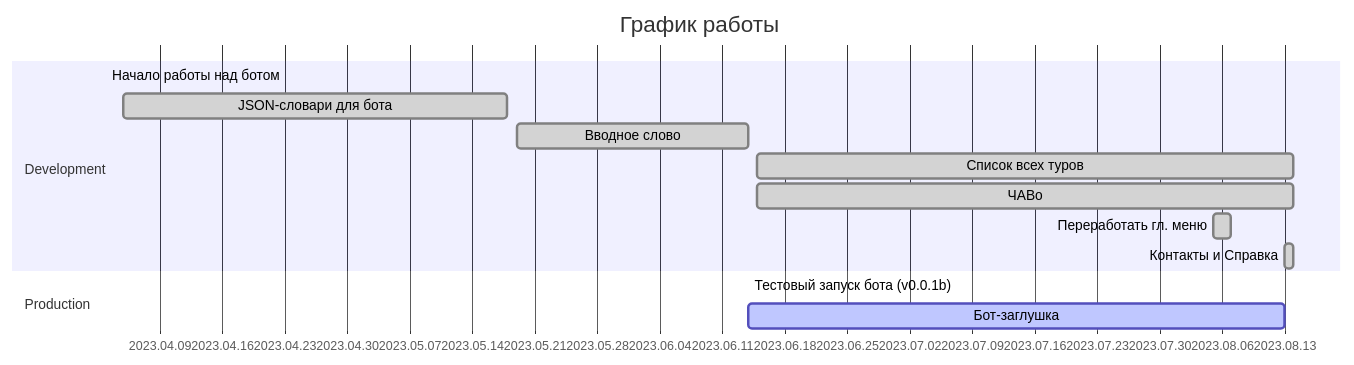
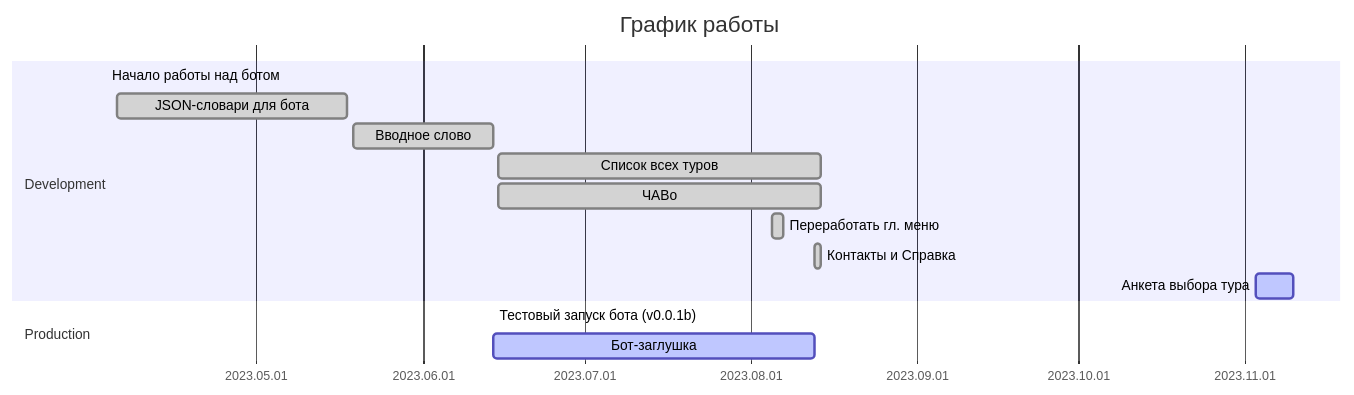
Before and after one commit to tropintropin/telegram_bot_peshehod_chat: the first of 2 diagrams in README.md, drawn with Mermaid. The commit also changed other lines of this file, not shown here.

````diff
--- a/README.md
+++ b/README.md
@@ -47,18 +49,19 @@
 ```mermaid
 gantt
 title       График работы
 dateFormat  YYYY.MM.DD
 axisFormat  %Y.%m.%d
 excludes    
 section     Development
 Начало работы над ботом         :mileston,      2023.04.03, 
 JSON-словари для бота           :done,      a0, 2023.04.05, 2023.05.18
 Вводное слово                   :done,      a1, 2023.05.19, 2023.06.14
 Список всех туров               :done,    a2, 2023.06.15, 60d
 ЧАВо                            :done,    a3, 2023.06.15, 60d
 Переработать гл. меню           :done,      a5, 2023.08.05, 2d
 Контакты и Справка              :done,      a6, 2023.08.13, 1d
+Анкета выбора тура              :active,    a7, 2023.11.03, 7d
 section     Production
 Тестовый запуск бота (v0.0.1b)  :mileston,      2023.06.14,
 Бот-заглушка                    :active,    b0, 2023.06.14, 60d
 ```
````
